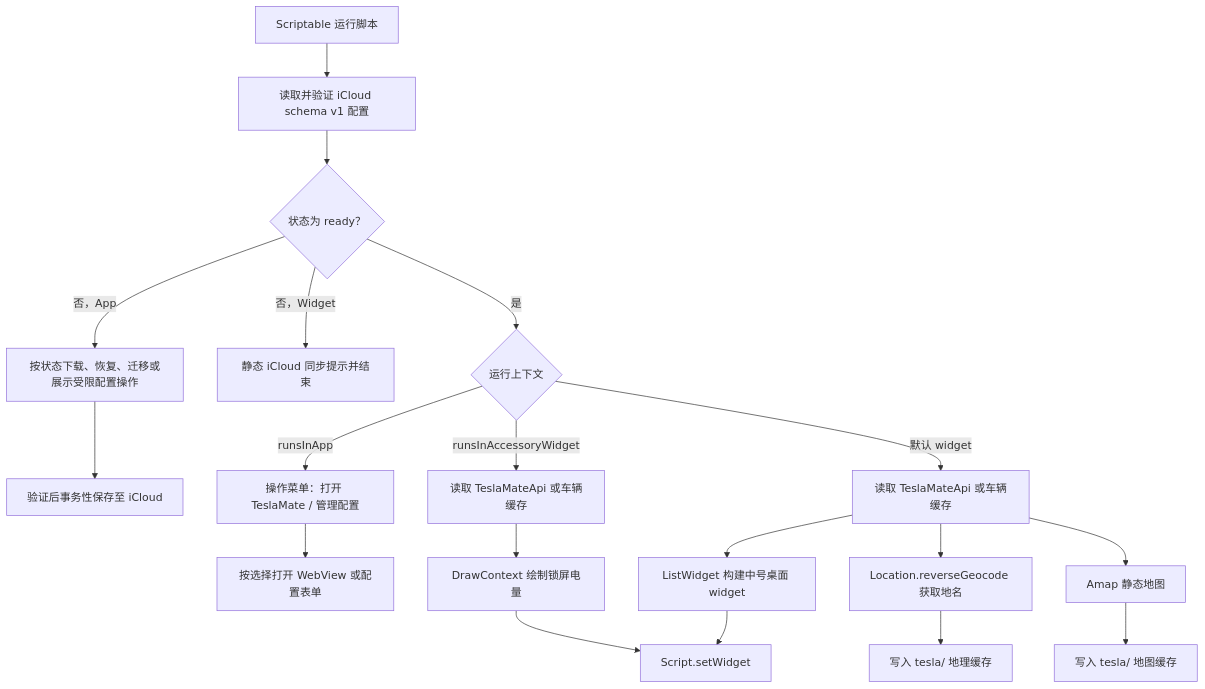
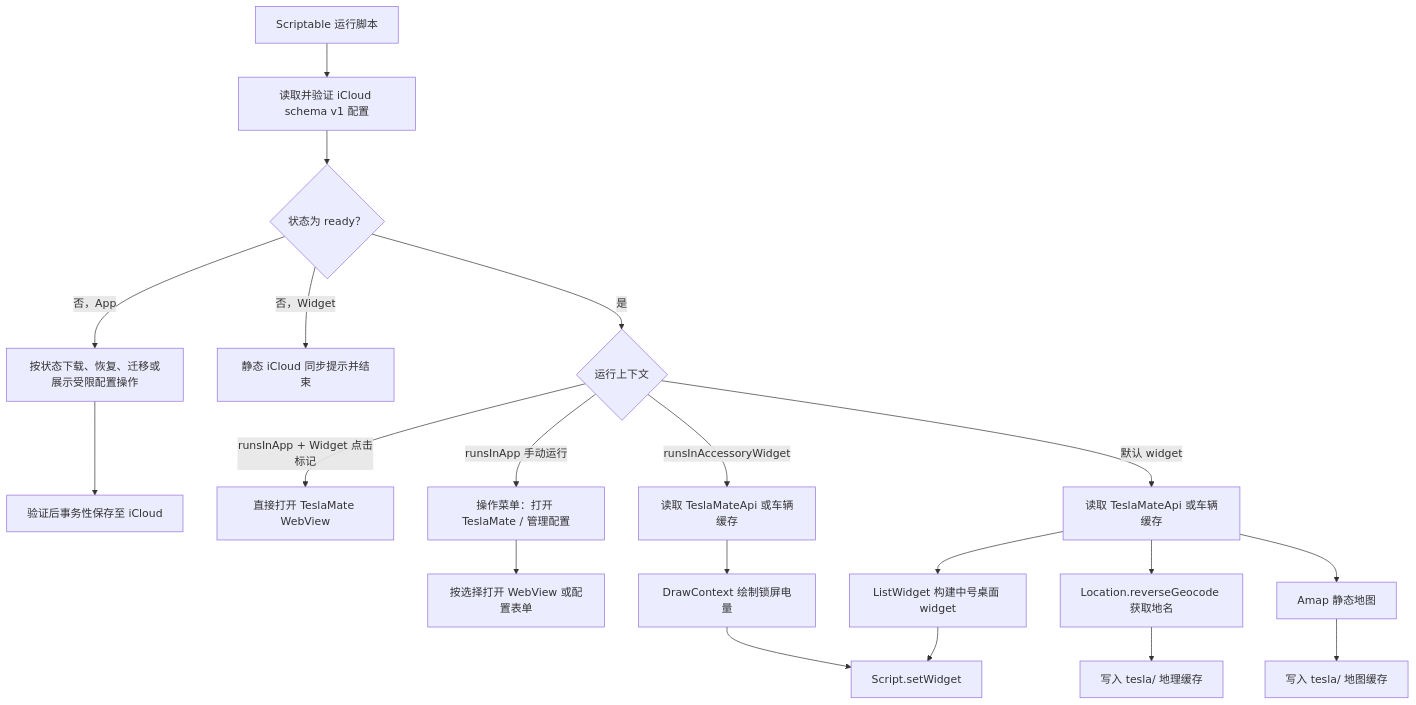
One commit to happyeddie/teslamate-widget changed the diagram in docs/architecture.md. Above: the diagram before and after it, drawn with Mermaid. The commit also changed other lines of this file and 8 other files, not shown here.

````diff
--- a/docs/architecture.md
+++ b/docs/architecture.md
@@ -50,21 +51,22 @@
 ```mermaid
 flowchart TD
   A["Scriptable 运行脚本"] --> B["读取并验证 iCloud schema v1 配置"]
   B --> C{"状态为 ready？"}
   C -->|"否，App"| D["按状态下载、恢复、迁移或展示受限配置操作"]
   C -->|"否，Widget"| E["静态 iCloud 同步提示并结束"]
   D --> F["验证后事务性保存至 iCloud"]
   C -->|"是"| G{"运行上下文"}
-  G -->|"runsInApp"| H["操作菜单：打开 TeslaMate / 管理配置"]
+  G -->|"runsInApp + Widget 点击标记"| H["直接打开 TeslaMate WebView"]
+  G -->|"runsInApp 手动运行"| S["操作菜单：打开 TeslaMate / 管理配置"]
   G -->|"runsInAccessoryWidget"| I["读取 TeslaMateApi 或车辆缓存"]
   G -->|"默认 widget"| J["读取 TeslaMateApi 或车辆缓存"]
-  H --> K["按选择打开 WebView 或配置表单"]
+  S --> K["按选择打开 WebView 或配置表单"]
   J --> L["Location.reverseGeocode 获取地名"]
   J --> M["Amap 静态地图"]
   L --> N["写入 tesla/ 地理缓存"]
   M --> O["写入 tesla/ 地图缓存"]
   I --> P["DrawContext 绘制锁屏电量"]
   J --> Q["ListWidget 构建中号桌面 widget"]
   P --> R["Script.setWidget"]
   Q --> R
 ```
````
